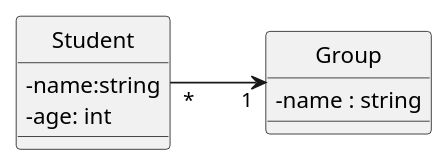
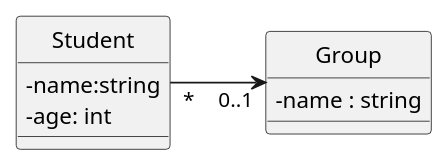
Before and after one commit to bbauer02/3wa_uml: the second of 3 diagrams in document/implementation-d-une-association-unidirectionnelle-multiple.adoc, drawn with PlantUML. The commit also changed other lines of this file, not shown here.

Commit message:
Correctifs sur l'orthographe et ou l'expression

```diff
--- a/document/implementation-d-une-association-unidirectionnelle-multiple.adoc
+++ b/document/implementation-d-une-association-unidirectionnelle-multiple.adoc
@@ -303,18 +303,18 @@
 [plantuml,target=exo_asso_uni_simple_groupes,format=svg]
 ....
 hide circle
 skinparam classAttributeIconSize 0
 
 class Student {
 -name:string
 - age: int
 }
 
 class Group {
 -name : string
 }
 
 left to right direction
-Student "*" --> "1" Group
+Student "*" --> "0..1" Group
 
 ....
```
